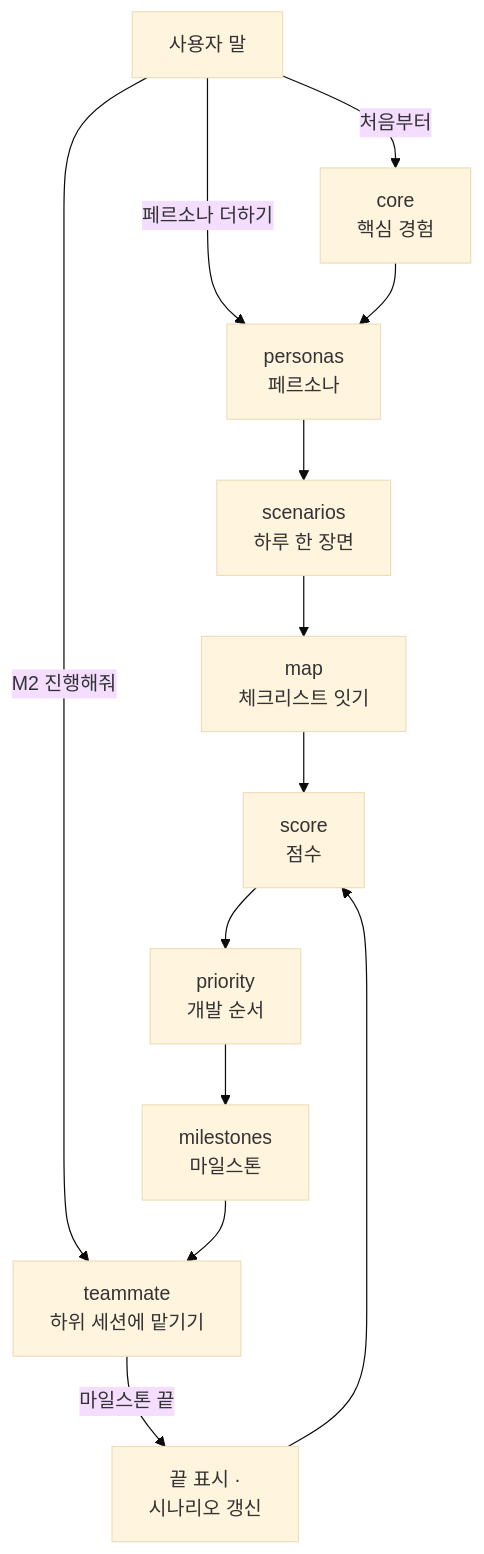
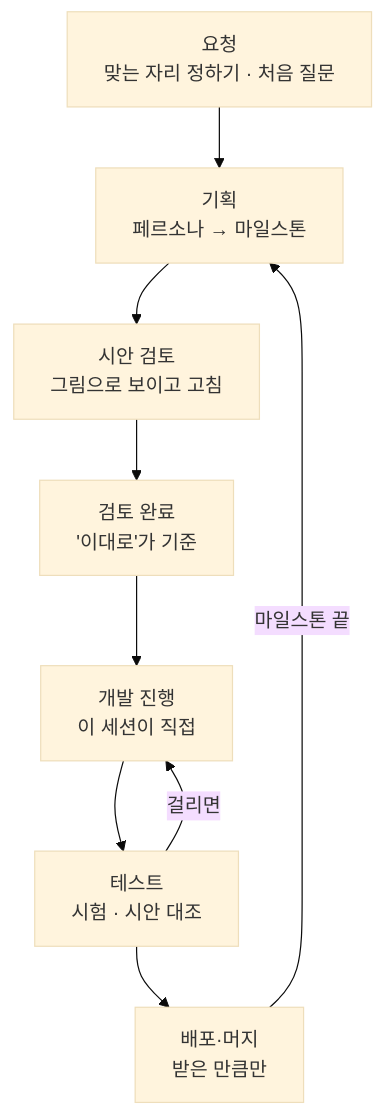
The diagram in README.ko.md (ff-1204/claude-haejo), drawn with Mermaid (base theme) before and after one commit. The commit also changed other lines of this file and 59 other files, not shown here.

````diff
--- a/README.ko.md
+++ b/README.ko.md
@@ -49,12 +54,11 @@
 ```mermaid
 flowchart TD
-  say["사용자 말"] -->|"처음부터"| core["core<br/>핵심 경험"]
-  say -->|"페르소나 더하기"| personas
-  say -->|"M2 진행해줘"| teammate
-  core --> personas["personas<br/>페르소나"] --> scenarios["scenarios<br/>하루 한 장면"]
-  scenarios --> map["map<br/>체크리스트 잇기"] --> score["score<br/>점수"]
-  score --> priority["priority<br/>개발 순서"] --> milestones["milestones<br/>마일스톤"]
-  milestones --> teammate["teammate<br/>하위 세션에 맡기기"]
-  teammate -->|"마일스톤 끝"| update["끝 표시 ·<br/>시나리오 갱신"]
-  update --> score
+  ask["요청<br/>맞는 자리 정하기 · 처음 질문"] --> plan["기획<br/>페르소나 → 마일스톤"]
+  plan --> mock["시안 검토<br/>그림으로 보이고 고침"]
+  mock --> ok["검토 완료<br/>'이대로'가 기준"]
+  ok --> dev["개발 진행<br/>이 세션이 직접"]
+  dev --> test["테스트<br/>시험 · 시안 대조"]
+  test -->|"걸리면"| dev
+  test --> ship["배포·머지<br/>받은 만큼만"]
+  ship -->|"마일스톤 끝"| plan
 ```
````
